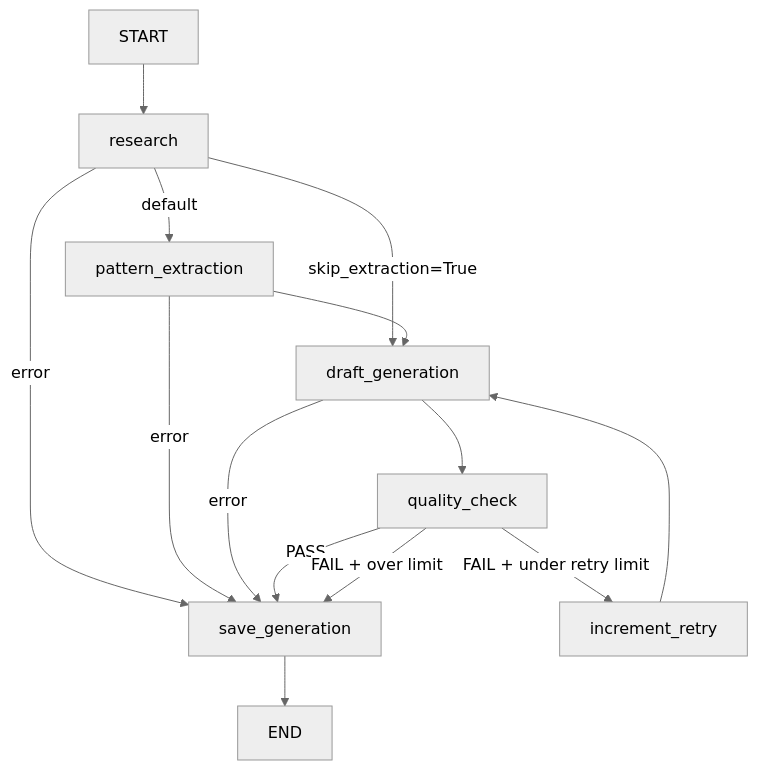
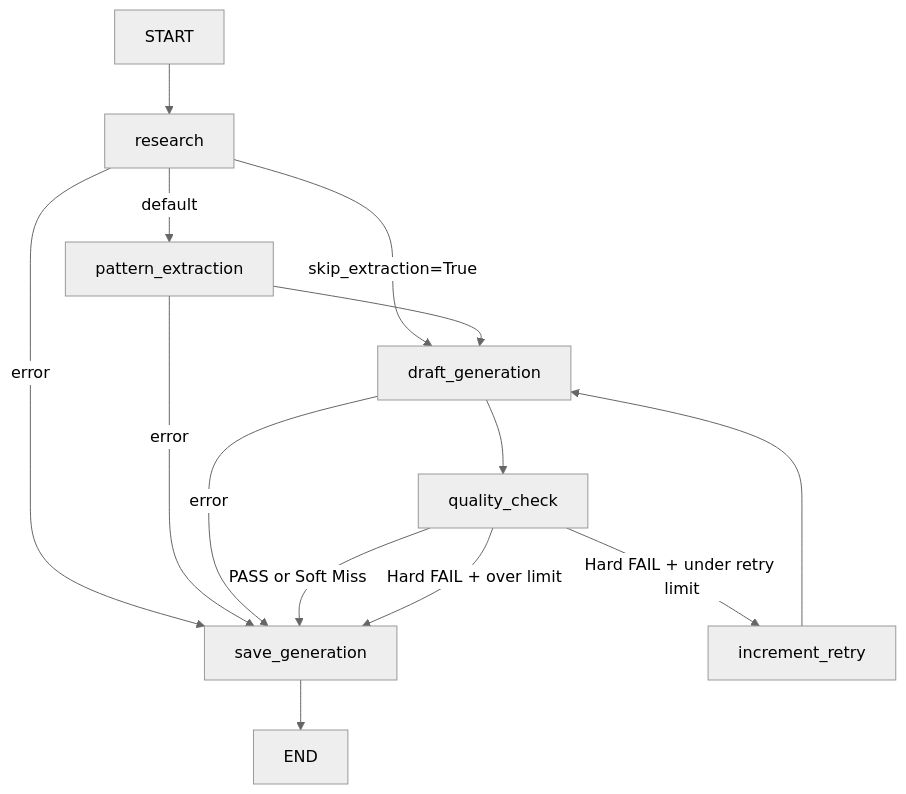
One commit to xShikhar/PostCraft-AI changed the diagram in backend/app/services/pipeline/README.md. Above: the diagram before and after it, drawn with Mermaid (neutral theme). The commit also changed other lines of this file and 4 other files, not shown here.

Commit message:
docs: reconcile deployment architecture, performance changelog, and pipeline specs

````diff
--- a/backend/app/services/pipeline/README.md
+++ b/backend/app/services/pipeline/README.md
@@ -36,22 +40,22 @@
 ```mermaid
 graph TD
     Start[START] --> Research[research]
     
     Research -->|skip_extraction=True| DraftGen[draft_generation]
     Research -->|error| SaveGen[save_generation]
     Research -->|default| Extract[pattern_extraction]
     
     Extract --> DraftGen
     Extract -->|error| SaveGen
     
     DraftGen --> QC[quality_check]
     DraftGen -->|error| SaveGen
     
-    QC -->|PASS| SaveGen
-    QC -->|FAIL + under retry limit| IncrementRetry[increment_retry]
-    QC -->|FAIL + over limit| SaveGen
+    QC -->|PASS or Soft Miss| SaveGen
+    QC -->|Hard FAIL + under retry limit| IncrementRetry[increment_retry]
+    QC -->|Hard FAIL + over limit| SaveGen
     
     IncrementRetry --> DraftGen
     
     SaveGen --> End[END]
 ```
````
